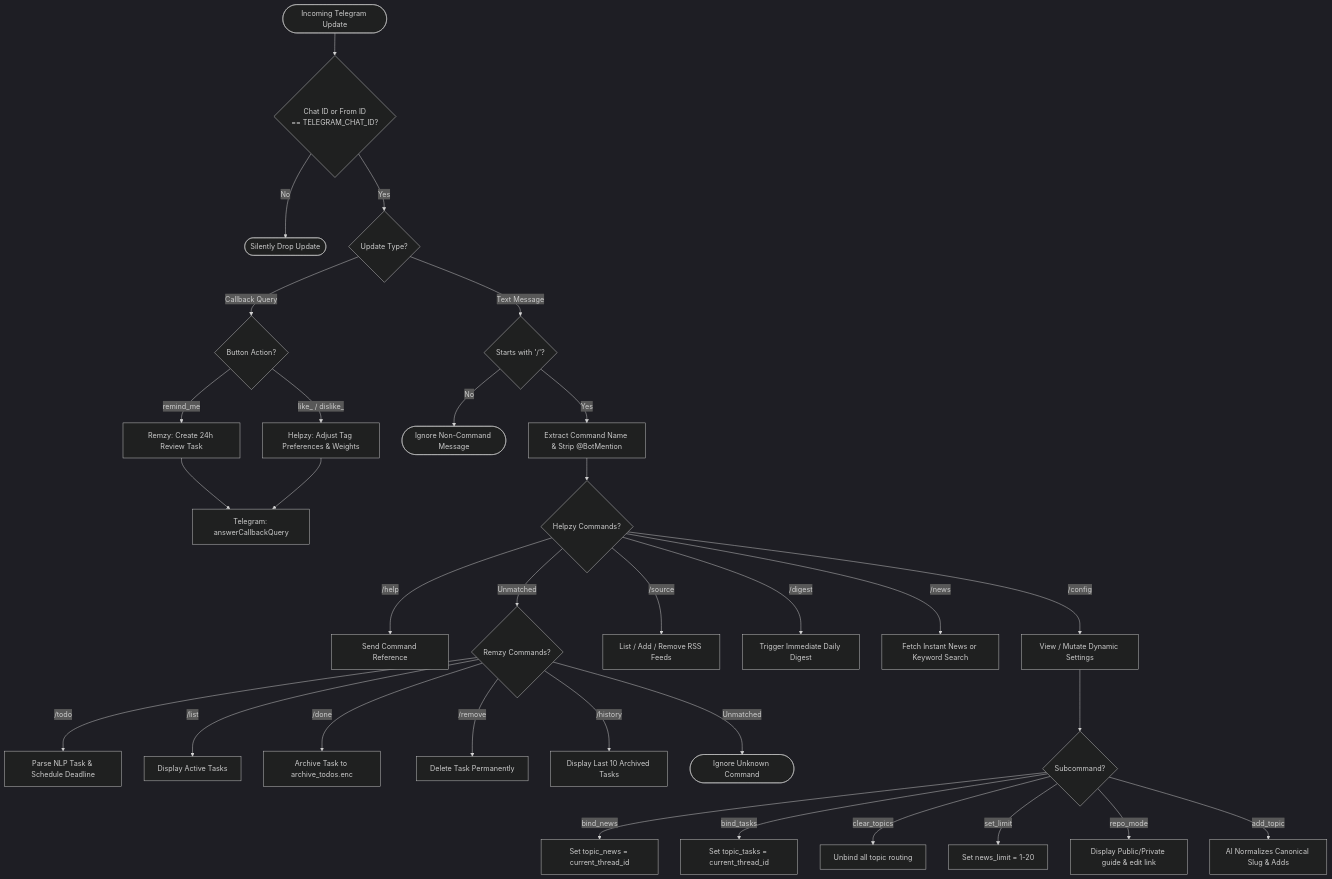
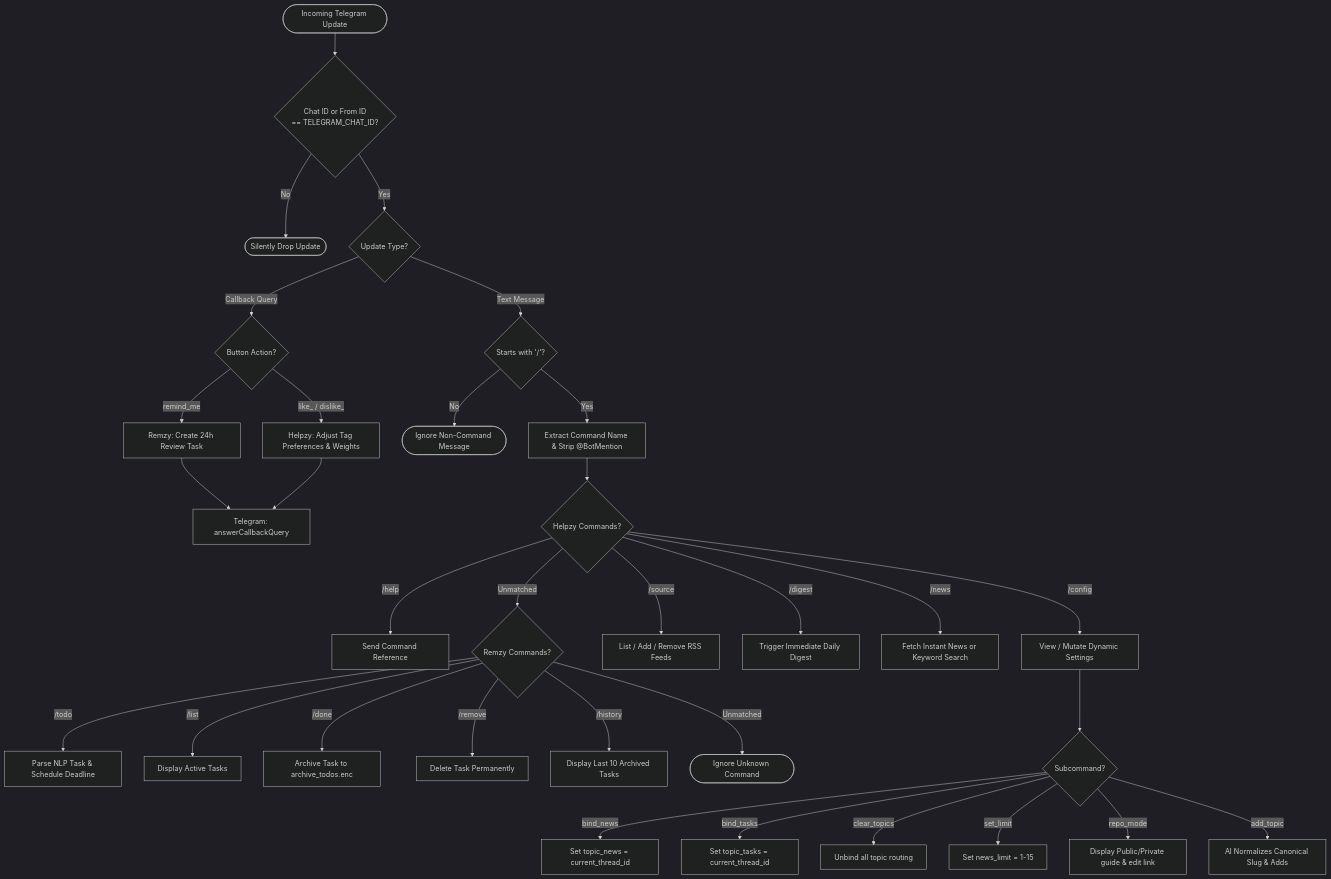
The fifth of 7 diagrams in Project Docs/structures.md (joydeepd900/RemNewz), drawn with Mermaid (dark theme) before and after one commit. The commit also changed other lines of this file and 12 other files, not shown here.

````diff
--- a/Project Docs/structures.md
+++ b/Project Docs/structures.md
@@ -252,40 +252,40 @@
 ```mermaid
 flowchart TD
     START([Incoming Telegram Update]) --> AUTH{Chat ID or From ID<br/>== TELEGRAM_CHAT_ID?}
     AUTH -- No --> DROP([Silently Drop Update])
     AUTH -- Yes --> MSG_TYPE{Update Type?}
 
     MSG_TYPE -- Callback Query --> CB_ROUTER{Button Action?}
     CB_ROUTER -- remind_me --> CB_REMIND[Remzy: Create 24h Review Task]
     CB_ROUTER -- like_ / dislike_ --> CB_FEEDBACK[Helpzy: Adjust Tag Preferences & Weights]
     CB_REMIND --> ANS_CB[Telegram: answerCallbackQuery]
     CB_FEEDBACK --> ANS_CB
 
     MSG_TYPE -- Text Message --> CMD_CHECK{Starts with '/'?}
     CMD_CHECK -- No --> IGNORE([Ignore Non-Command Message])
     CMD_CHECK -- Yes --> NORMALIZE[Extract Command Name & Strip @BotMention]
 
     NORMALIZE --> SCOPE_HELPZY{Helpzy Commands?}
     SCOPE_HELPZY -- "/help" --> H_HELP[Send Command Reference]
     SCOPE_HELPZY -- "/config" --> H_CONFIG[View / Mutate Dynamic Settings]
     SCOPE_HELPZY -- "/source" --> H_SOURCE[List / Add / Remove RSS Feeds]
     SCOPE_HELPZY -- "/digest" --> H_DIGEST[Trigger Immediate Daily Digest]
     SCOPE_HELPZY -- "/news" --> H_NEWS[Fetch Instant News or Keyword Search]
 
     SCOPE_HELPZY -- Unmatched --> SCOPE_REMZY{Remzy Commands?}
     SCOPE_REMZY -- "/todo" --> R_TODO[Parse NLP Task & Schedule Deadline]
     SCOPE_REMZY -- "/list" --> R_LIST[Display Active Tasks]
     SCOPE_REMZY -- "/done" --> R_DONE[Archive Task to archive_todos.enc]
     SCOPE_REMZY -- "/remove" --> R_REMOVE[Delete Task Permanently]
     SCOPE_REMZY -- "/history" --> R_HIST[Display Last 10 Archived Tasks]
 
     SCOPE_REMZY -- Unmatched --> UNKNOWN([Ignore Unknown Command])
 
     H_CONFIG --> TOPIC_ROUTING{Subcommand?}
     TOPIC_ROUTING -- "bind_news" --> BIND_N[Set topic_news = current_thread_id]
     TOPIC_ROUTING -- "bind_tasks" --> BIND_T[Set topic_tasks = current_thread_id]
     TOPIC_ROUTING -- "clear_topics" --> CLEAR_T[Unbind all topic routing]
-    TOPIC_ROUTING -- "set_limit" --> LIMIT[Set news_limit = 1-20]
+    TOPIC_ROUTING -- "set_limit" --> LIMIT[Set news_limit = 1-15]
     TOPIC_ROUTING -- "repo_mode" --> REPO_M[Display Public/Private guide & edit link]
     TOPIC_ROUTING -- "add_topic" --> ADD_T[AI Normalizes Canonical Slug & Adds]
 ```
````
